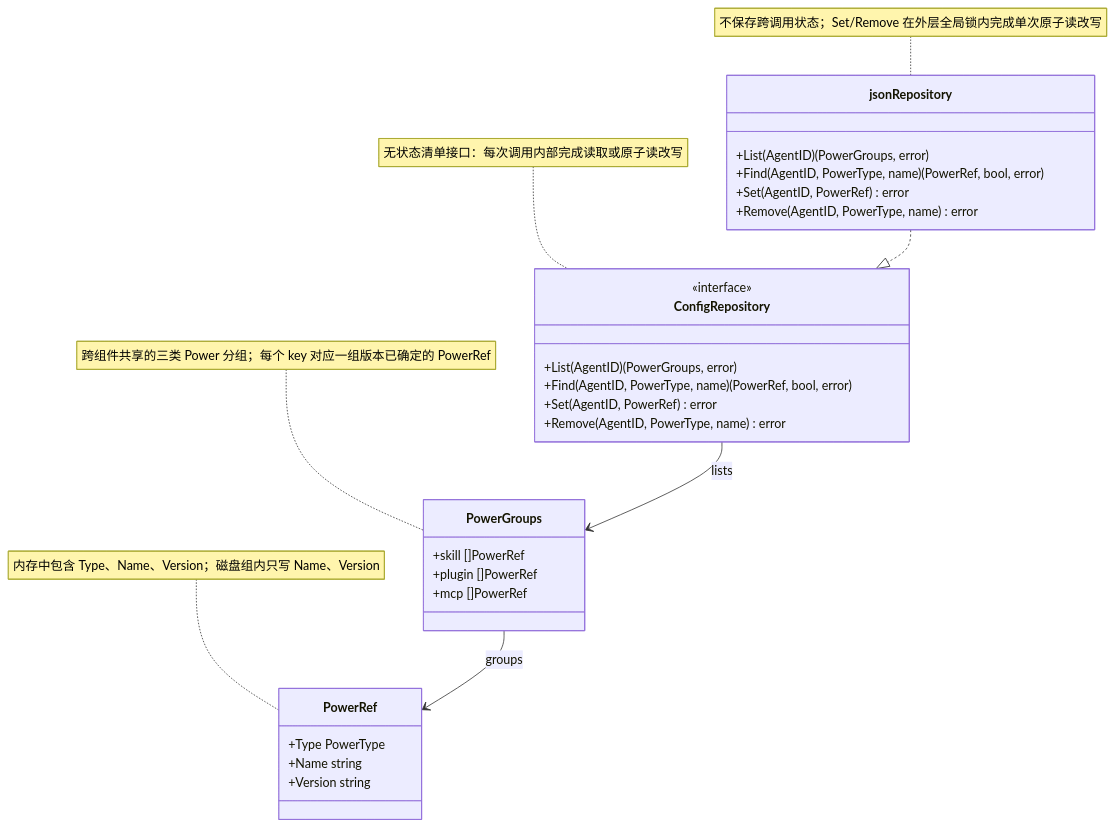
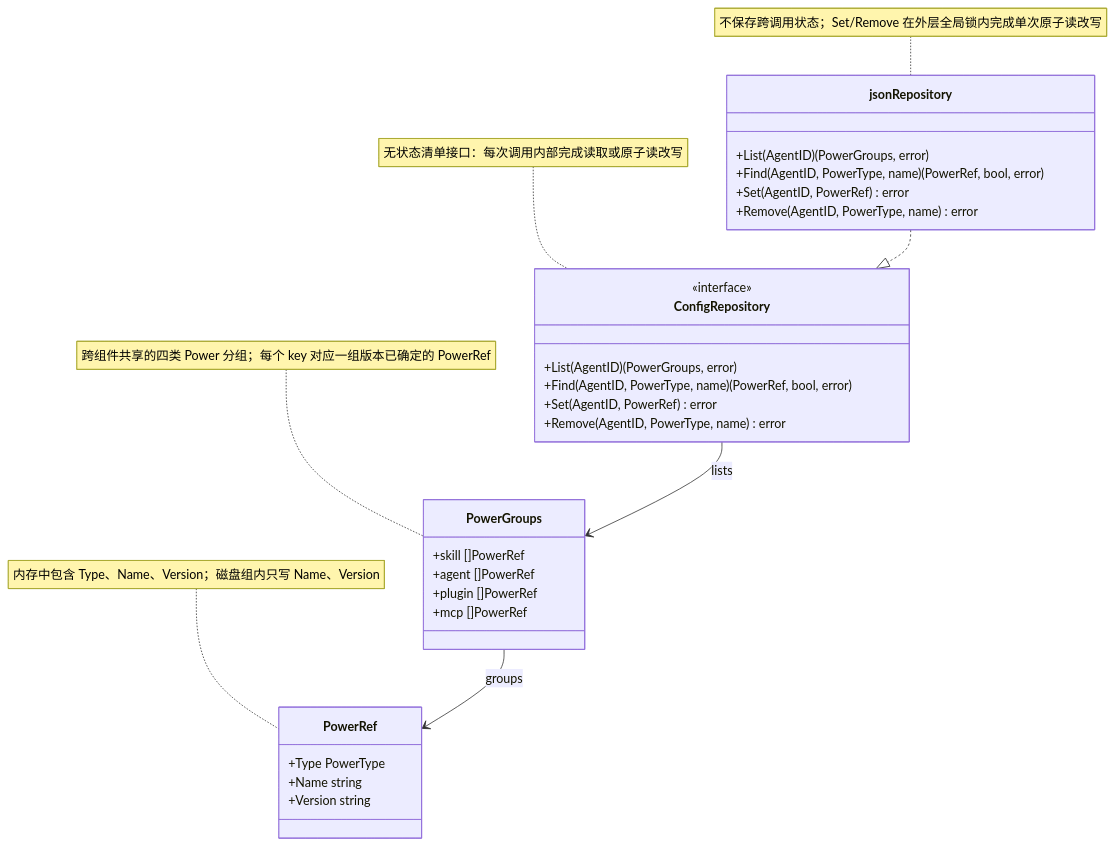
The diagram in ivory-tower/c4/components/apm-cli-diagrams/config-model.mmd (spacemit-com/agent-power-manager), drawn with Mermaid before and after one commit. The commit also changed 6 other files, not shown here.

Commit message:
docs(agent): document agent power across build and overview

```diff
--- a/ivory-tower/c4/components/apm-cli-diagrams/config-model.mmd
+++ b/ivory-tower/c4/components/apm-cli-diagrams/config-model.mmd
@@ -1,35 +1,36 @@
 classDiagram
     note for ConfigRepository "无状态清单接口：每次调用内部完成读取或原子读改写"
     class ConfigRepository {
         <<interface>>
         +List(AgentID) (PowerGroups, error)
         +Find(AgentID, PowerType, name) (PowerRef, bool, error)
         +Set(AgentID, PowerRef) error
         +Remove(AgentID, PowerType, name) error
     }
 
-    note for PowerGroups "跨组件共享的三类 Power 分组；每个 key 对应一组版本已确定的 PowerRef"
+    note for PowerGroups "跨组件共享的四类 Power 分组；每个 key 对应一组版本已确定的 PowerRef"
     class PowerGroups {
         +skill []PowerRef
+        +agent []PowerRef
         +plugin []PowerRef
         +mcp []PowerRef
     }
 
     note for PowerRef "内存中包含 Type、Name、Version；磁盘组内只写 Name、Version"
     class PowerRef {
         +Type PowerType
         +Name string
         +Version string
     }
 
     note for jsonRepository "不保存跨调用状态；Set/Remove 在外层全局锁内完成单次原子读改写"
     class jsonRepository {
         +List(AgentID) (PowerGroups, error)
         +Find(AgentID, PowerType, name) (PowerRef, bool, error)
         +Set(AgentID, PowerRef) error
         +Remove(AgentID, PowerType, name) error
     }
 
     jsonRepository ..|> ConfigRepository
     ConfigRepository --> PowerGroups : lists
     PowerGroups --> PowerRef : groups
```
